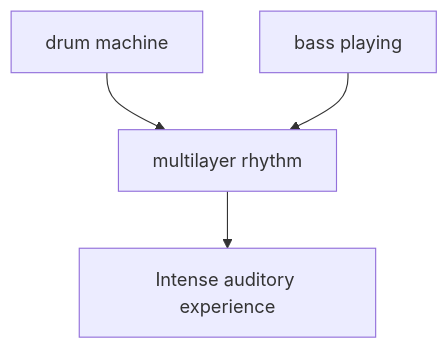
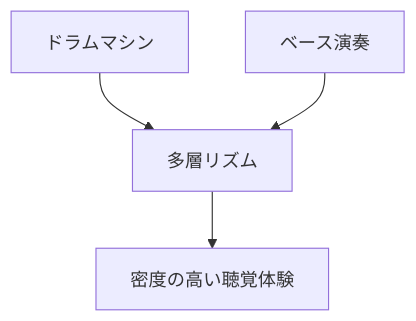
The second of 13 diagrams in en/_posts/2025-11-19-column-squarepusher.md (monumental-movement/monumental-movement.github.io), drawn with Mermaid before and after one commit. The commit also changed other lines of this file and 2196 other files, not shown here.

```diff
--- a/en/_posts/2025-11-19-column-squarepusher.md
+++ b/en/_posts/2025-11-19-column-squarepusher.md
@@ -89,8 +89,8 @@
 <div class="mermaid">
 
 graph TD
-    A[drum machine] --> C[multilayer rhythm]
-    B[bass playing] --> C
-    C --> D[Intense auditory experience]
+    A[ドラムマシン] --> C[多層リズム]
+    B[ベース演奏] --> C
+    C --> D[密度の高い聴覚体験]
 
 </div>
```
